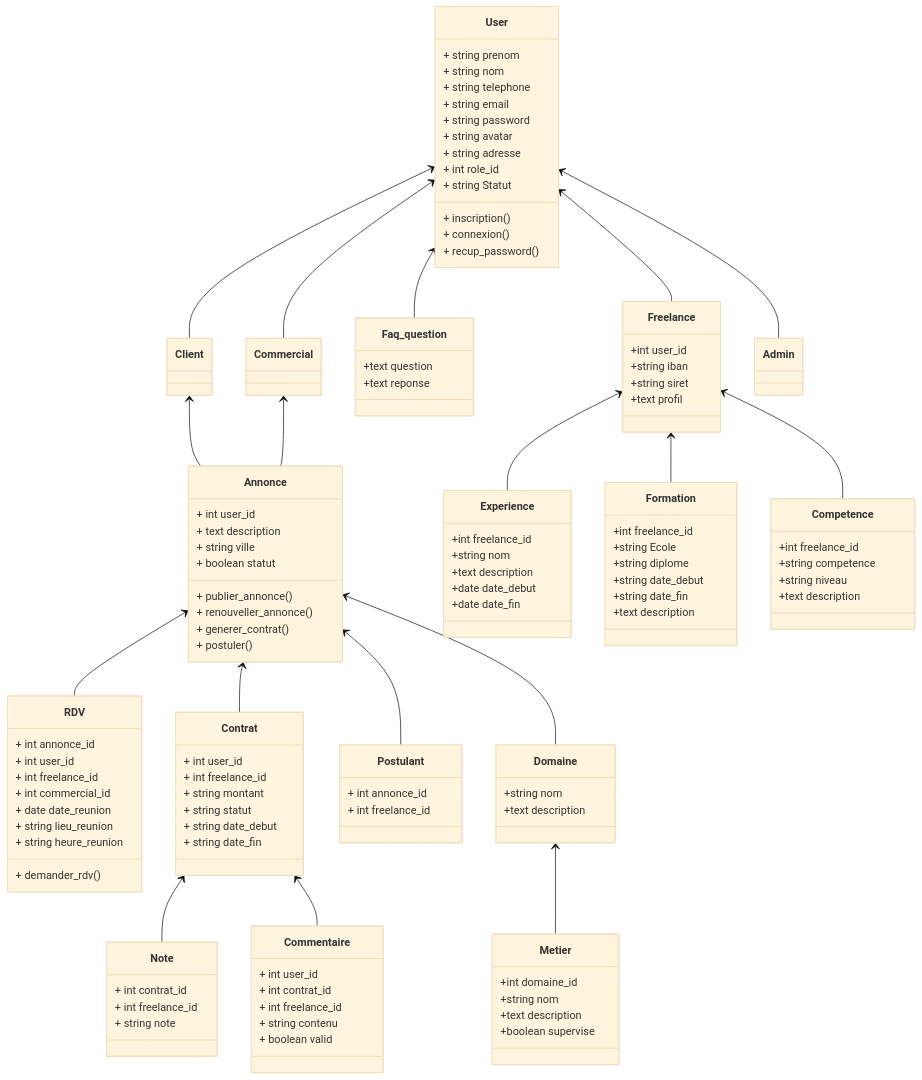
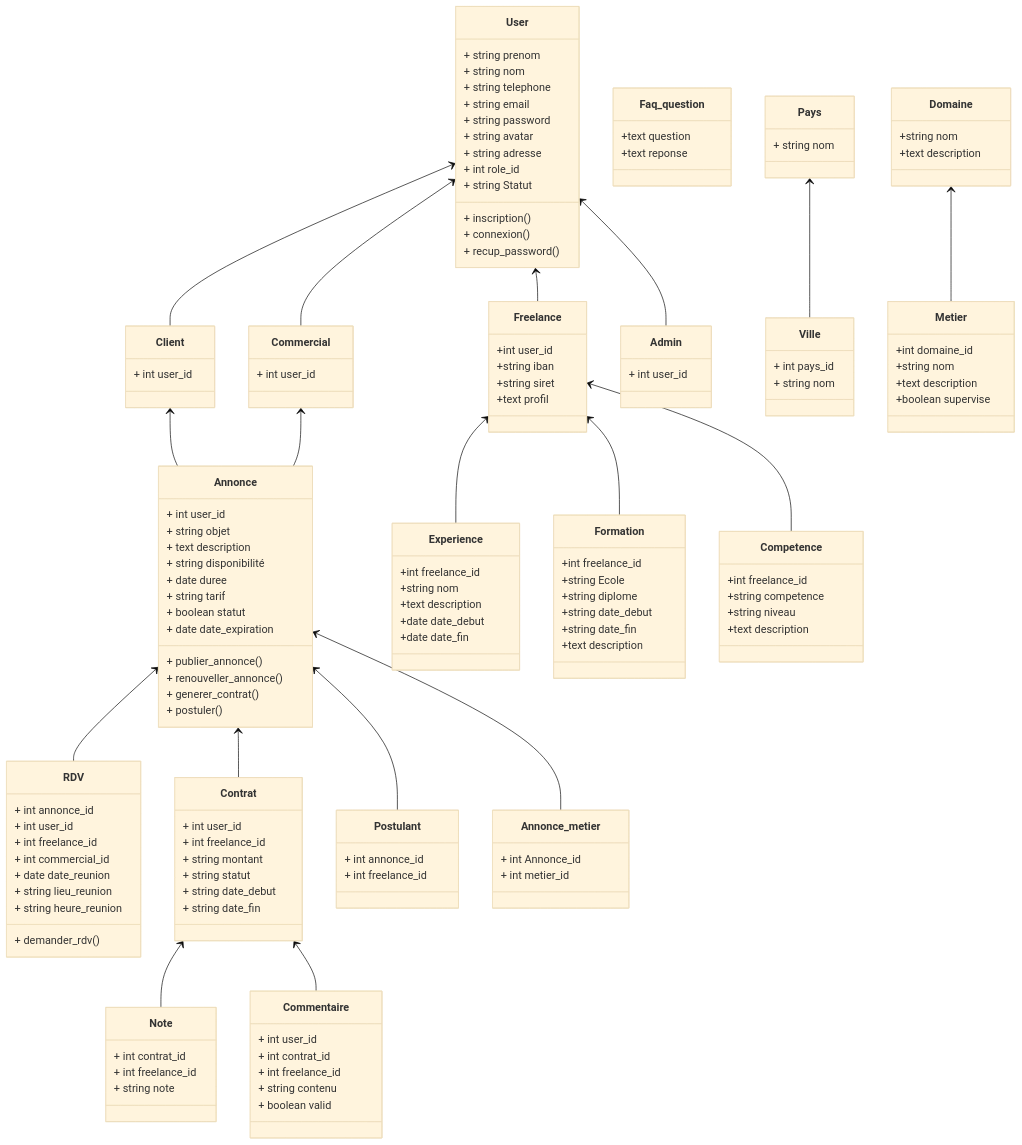
Before and after one commit to desmond8500/Devtools: the diagram in public/docs/class_diagram.md, drawn with Mermaid (base theme). The commit also changed 7 other files, not shown here.

```diff
--- a/public/docs/class_diagram.md
+++ b/public/docs/class_diagram.md
@@ -20,7 +20,6 @@
 
 Client <-- Annonce
 Commercial <-- Annonce
-User <-- Faq_question
 User <-- Freelance
 User <-- Client
 User <-- Admin
@@ -33,9 +32,13 @@
 
 class Annonce{
     + int user_id
+    + string objet
     + text description
-    + string ville
+    + string disponibilité
+    + date duree
+    + string tarif
     + boolean statut
+    + date date_expiration
     + publier_annonce()
     + renouveller_annonce()
     + generer_contrat()
@@ -45,7 +48,23 @@
 Annonce <-- RDV
 Annonce <-- Contrat
 Annonce <-- Postulant
-Annonce <-- Domaine
+Annonce <-- Annonce_metier
+
+class Annonce_metier {
+    + int Annonce_id
+    + int metier_id
+}
+
+class Ville{
+    + int pays_id
+    + string nom
+}
+
+Pays <-- Ville
+
+class Pays{
+    + string nom
+}
 
 class RDV{
     + int annonce_id
@@ -83,6 +102,18 @@
 class Postulant{
     + int annonce_id
     + int freelance_id
+}
+
+class Admin{
+    + int user_id
+}
+
+class Client{
+    + int user_id
+}
+
+class Commercial{
+    + int user_id
 }
 
 class Freelance {
```
